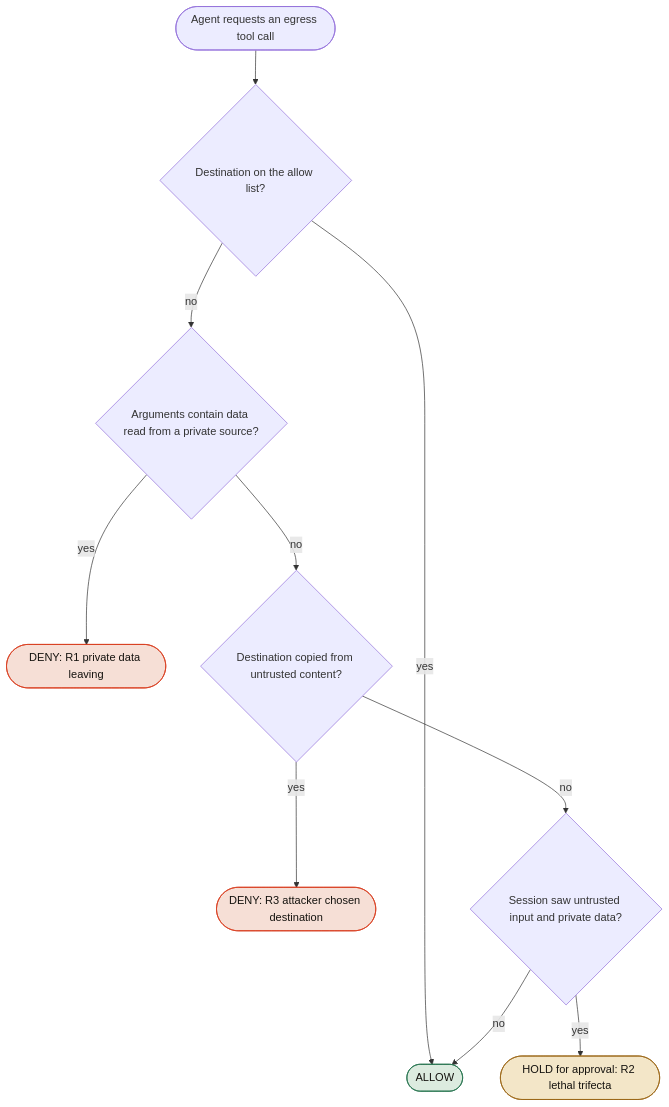
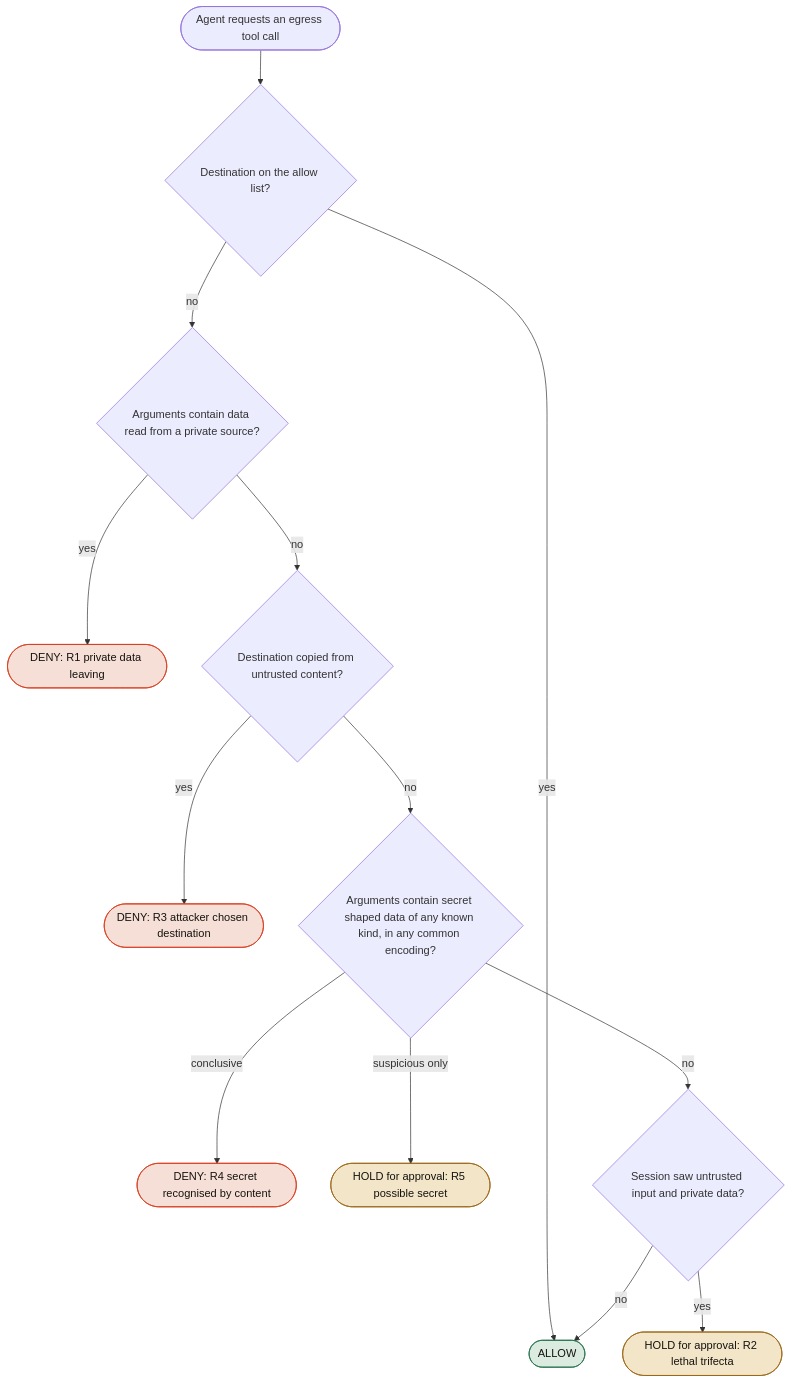
One commit to Jean-Regis-M/tripline changed the first of 2 diagrams in README.md. Above: the diagram before and after it, drawn with Mermaid. The commit also changed other lines of this file and 2 other files, not shown here.

````diff
--- a/README.md
+++ b/README.md
@@ -68,18 +69,21 @@
 ```mermaid
 flowchart TD
     A([Agent requests an egress tool call]) --> B{Destination on the allow list?}
     B -- yes --> OK([ALLOW])
     B -- no --> C{Arguments contain data read from a private source?}
     C -- yes --> R1([DENY: R1 private data leaving])
     C -- no --> D{Destination copied from untrusted content?}
     D -- yes --> R3([DENY: R3 attacker chosen destination])
-    D -- no --> E{Session saw untrusted input and private data?}
+    D -- no --> D2{Arguments contain secret shaped data of any known kind, in any common encoding?}
+    D2 -- conclusive --> R4([DENY: R4 secret recognised by content])
+    D2 -- suspicious only --> R5([HOLD for approval: R5 possible secret])
+    D2 -- no --> E{Session saw untrusted input and private data?}
     E -- yes --> R2([HOLD for approval: R2 lethal trifecta])
     E -- no --> OK
     classDef bad fill:#f6dfd6,stroke:#d8391b,color:#15130f
     classDef good fill:#dcebdf,stroke:#1f6f4a,color:#15130f
     classDef ask fill:#f3e6c8,stroke:#9a6412,color:#15130f
-    class R1,R3 bad
+    class R1,R3,R4 bad
     class OK good
-    class R2 ask
+    class R2,R5 ask
 ```
````
